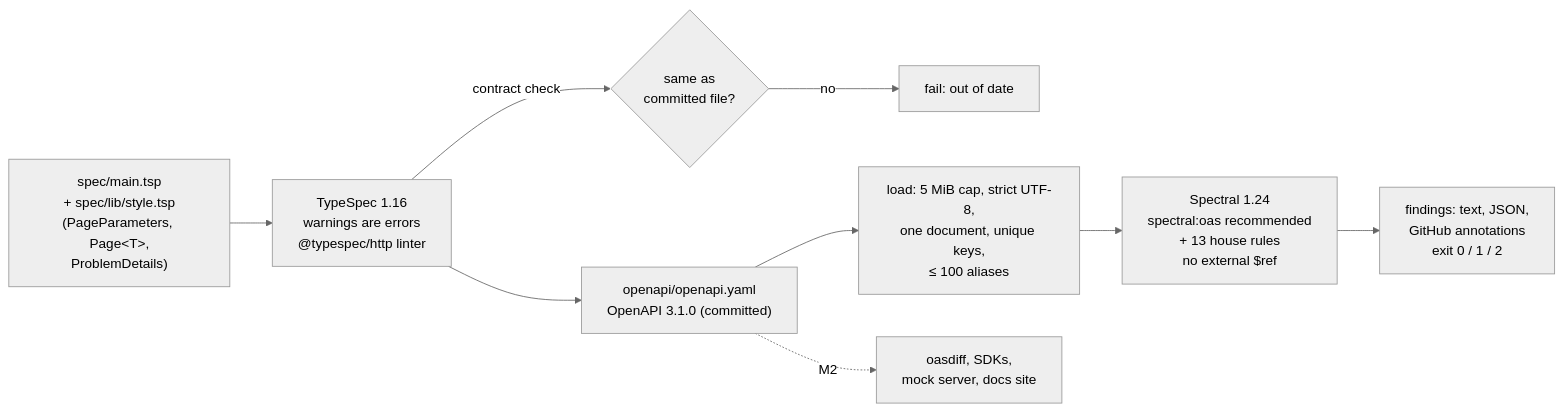
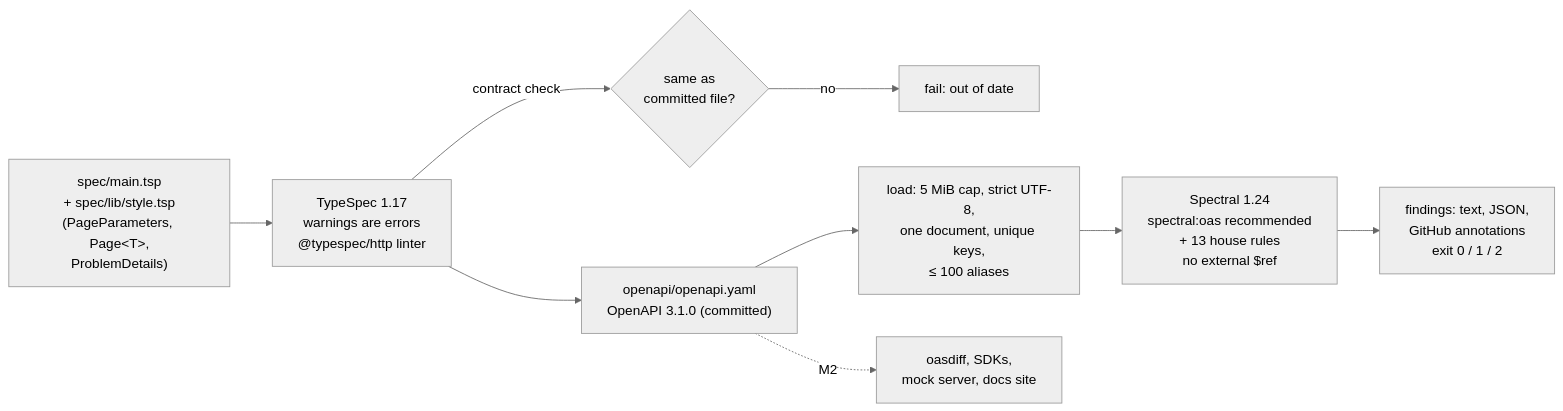
The first of 2 diagrams in README.md (EquinoxWN/contract-first-api), drawn with Mermaid (neutral theme) before and after one commit. The commit also changed other lines of this file and 5 other files, not shown here.

````diff
--- a/README.md
+++ b/README.md
@@ -32,11 +32,11 @@
 ```mermaid
 flowchart LR
-  T["spec/main.tsp<br/>+ spec/lib/style.tsp<br/>(PageParameters, Page&lt;T&gt;,<br/>ProblemDetails)"] --> C["TypeSpec 1.16<br/>warnings are errors<br/>@typespec/http linter"]
+  T["spec/main.tsp<br/>+ spec/lib/style.tsp<br/>(PageParameters, Page&lt;T&gt;,<br/>ProblemDetails)"] --> C["TypeSpec 1.17<br/>warnings are errors<br/>@typespec/http linter"]
   C --> O["openapi/openapi.yaml<br/>OpenAPI 3.1.0 (committed)"]
   C -->|contract check| D{"same as<br/>committed file?"}
   D -->|no| F1["fail: out of date"]
   O --> L["load: 5 MiB cap, strict UTF-8,<br/>one document, unique keys,<br/>≤ 100 aliases"]
   L --> S["Spectral 1.24<br/>spectral:oas recommended<br/>+ 13 house rules<br/>no external $ref"]
   S --> R["findings: text, JSON,<br/>GitHub annotations<br/>exit 0 / 1 / 2"]
   O -.->|M2| B["oasdiff, SDKs,<br/>mock server, docs site"]
 ```
````
